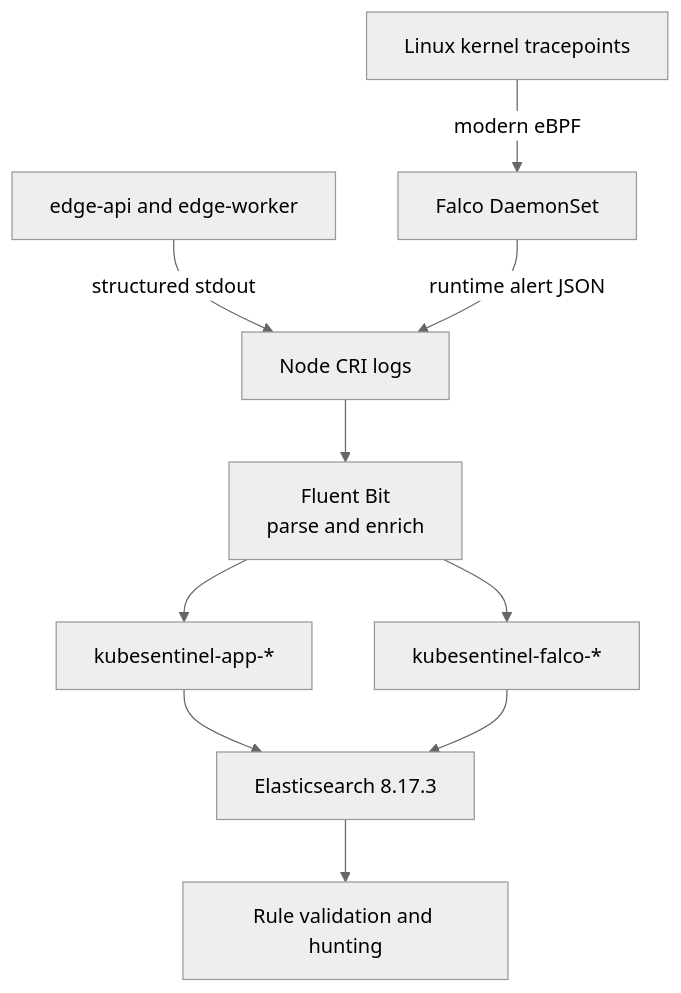
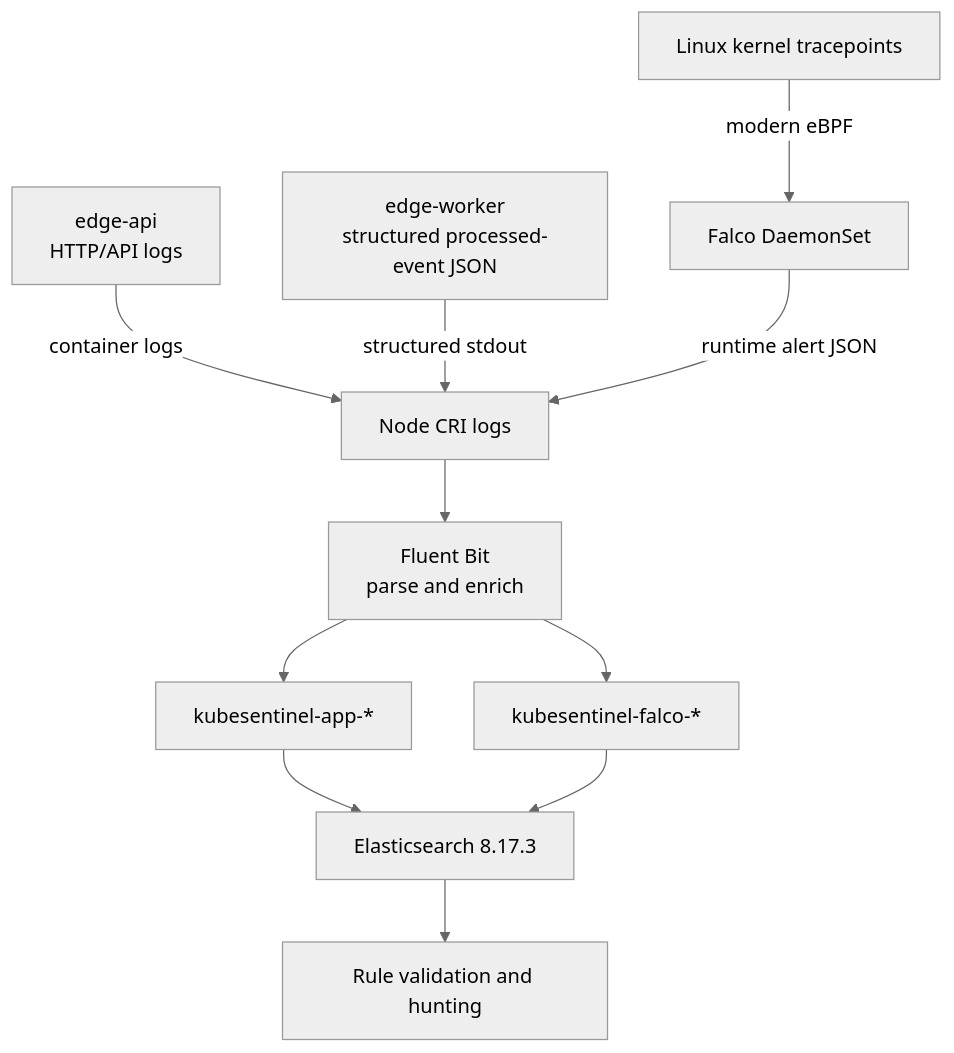
Before and after one commit to dedsec-terminal/KubeSentinel: the diagram in docs/detection-engineering.md, drawn with Mermaid (neutral theme). The commit also changed other lines of this file and 14 other files, not shown here.

Commit message:
docs: refine project terminology and architecture accuracy

````diff
--- a/docs/detection-engineering.md
+++ b/docs/detection-engineering.md
@@ -7,12 +7,13 @@
 ```mermaid
 flowchart TD
     Kernel["Linux kernel tracepoints"] -->|modern eBPF| Falco["Falco DaemonSet"]
-    Workloads["edge-api and edge-worker"] -->|structured stdout| CRI["Node CRI logs"]
+    API["edge-api<br/>HTTP/API logs"] -->|container logs| CRI["Node CRI logs"]
+    Worker["edge-worker<br/>structured processed-event JSON"] -->|structured stdout| CRI
     Falco -->|runtime alert JSON| CRI
     CRI --> Fluent["Fluent Bit<br/>parse and enrich"]
     Fluent --> App["kubesentinel-app-*"]
     Fluent --> Runtime["kubesentinel-falco-*"]
     App --> Elastic["Elasticsearch 8.17.3"]
     Runtime --> Elastic
     Elastic --> Validation["Rule validation and hunting"]
 ```
````
